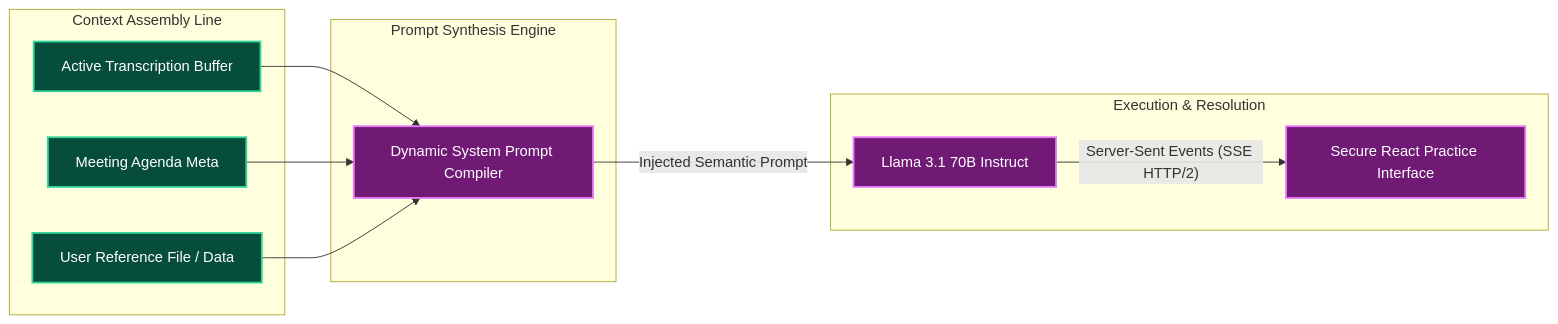
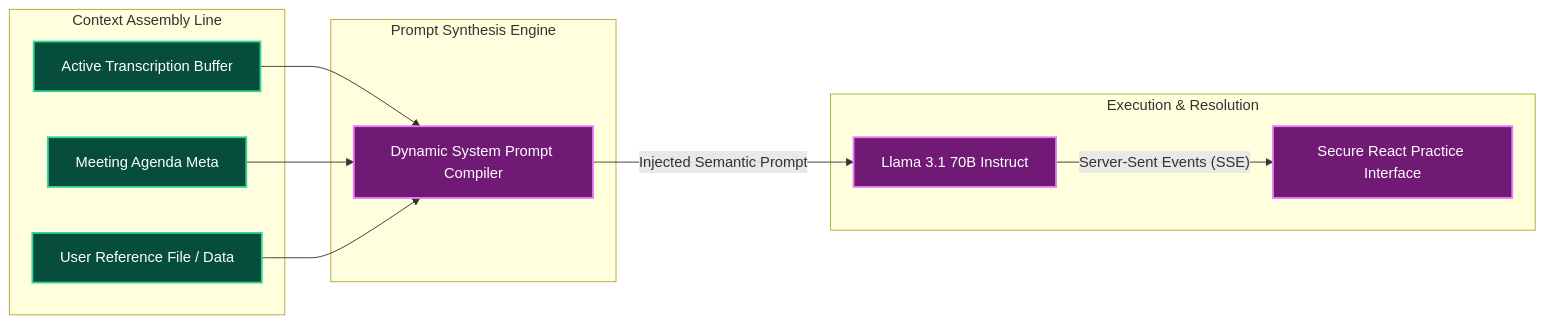
The third of 4 diagrams in README.md (ziademad02153/ZEDX-AI-Assistant), drawn with Mermaid before and after one commit. The commit also changed other lines of this file, not shown here.

````diff
--- a/README.md
+++ b/README.md
@@ -106,28 +120,28 @@
 ```mermaid
 graph LR
     subgraph "Context Assembly Line"
         TRANSCRIPT[Active Transcription Buffer]
         AGENDA[Meeting Agenda Meta]
         RESUME[User Reference File / Data]
     end
 
     subgraph "Prompt Synthesis Engine"
         COMPILER[Dynamic System Prompt Compiler]
         TRANSCRIPT --> COMPILER
         AGENDA --> COMPILER
         RESUME --> COMPILER
     end
 
     subgraph "Execution & Resolution"
         LLAMA[Llama 3.1 70B Instruct]
         UI[Secure React Practice Interface]
         COMPILER -- "Injected Semantic Prompt" --> LLAMA
-        LLAMA -- "Server-Sent Events (SSE HTTP/2)" --> UI
+        LLAMA -- "Server-Sent Events (SSE)" --> UI
     end
     
     classDef data fill:#064e3b,stroke:#34d399,stroke-width:2px,color:#fff;
     classDef engine fill:#701a75,stroke:#e879f9,stroke-width:2px,color:#fff;
     
     class TRANSCRIPT,AGENDA,RESUME data;
     class COMPILER,LLAMA,UI engine;
 ```
````
